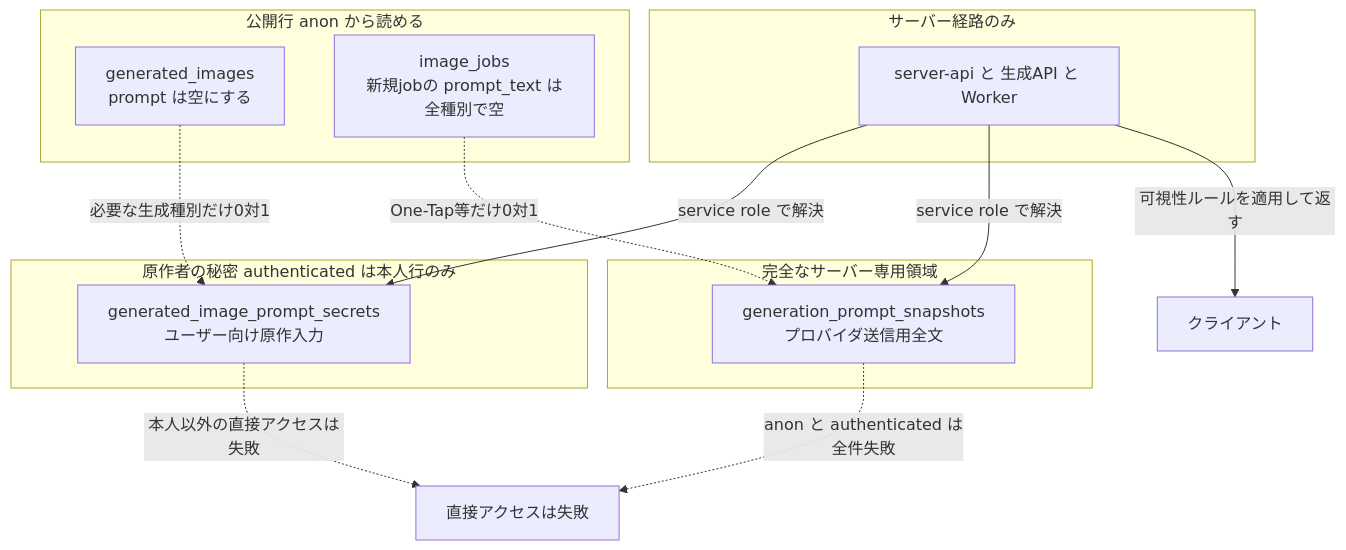
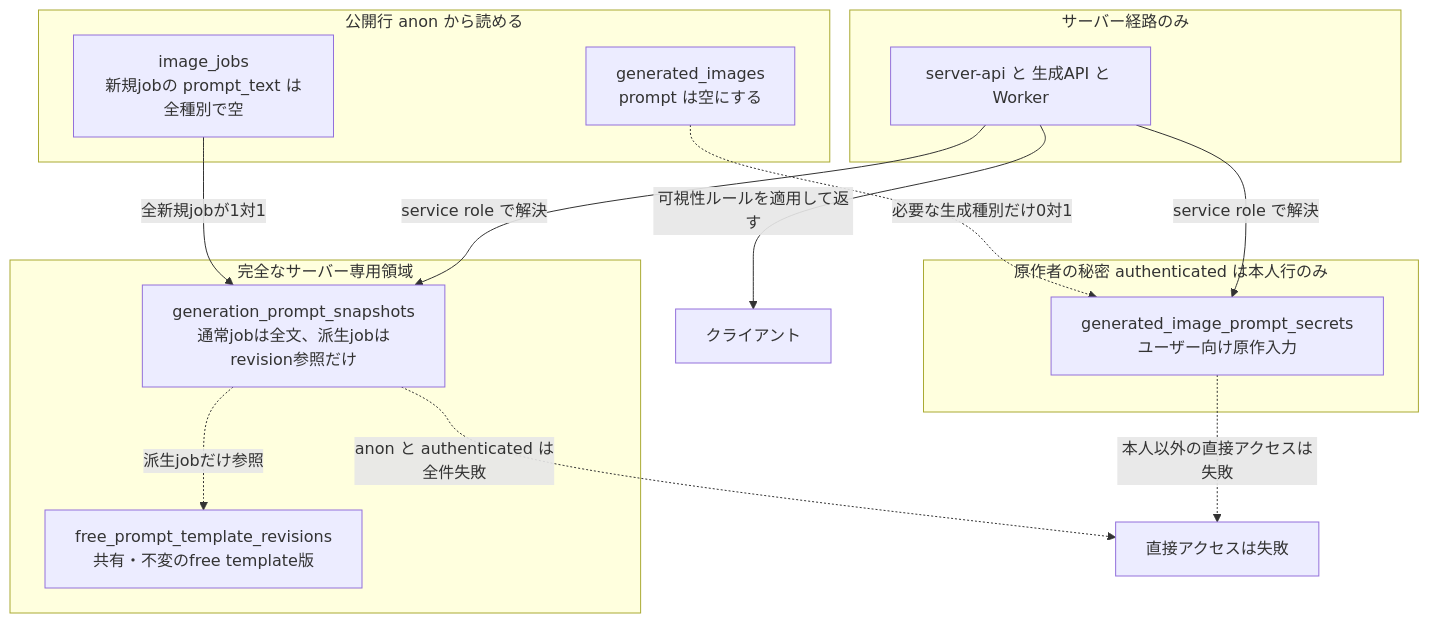
Before and after one commit to 3balljugglerYu/ai_coordinate: the first of 6 diagrams in docs/planning/free-prompt-private-mode-implementation-plan.md, drawn with Mermaid. The commit also changed other lines of this file, not shown here.

Commit message:
docs(plan): harden derived prompt execution design

````diff
--- a/docs/planning/free-prompt-private-mode-implementation-plan.md
+++ b/docs/planning/free-prompt-private-mode-implementation-plan.md
@@ -190,23 +200,25 @@
 ```mermaid
 flowchart TB
     subgraph public["公開行 anon から読める"]
         GI["generated_images<br/>prompt は空にする"]
         J["image_jobs<br/>新規jobの prompt_text は全種別で空"]
     end
     subgraph authorsecret["原作者の秘密 authenticated は本人行のみ"]
         PS["generated_image_prompt_secrets<br/>ユーザー向け原作入力"]
     end
     subgraph servicesec["完全なサーバー専用領域"]
-        GS["generation_prompt_snapshots<br/>プロバイダ送信用全文"]
+        GS["generation_prompt_snapshots<br/>通常jobは全文、派生jobはrevision参照だけ"]
+        TR["free_prompt_template_revisions<br/>共有・不変のfree template版"]
     end
     subgraph server["サーバー経路のみ"]
         API["server-api と 生成API と Worker"]
     end
     GI -.->|"必要な生成種別だけ0対1"| PS
-    J -.->|"One-Tap等だけ0対1"| GS
+    J -->|"全新規jobが1対1"| GS
+    GS -.->|"派生jobだけ参照"| TR
     API -->|"service role で解決"| PS
     API -->|"service role で解決"| GS
     API -->|"可視性ルールを適用して返す"| U["クライアント"]
     PS -.->|"本人以外の直接アクセスは失敗"| X["直接アクセスは失敗"]
     GS -.->|"anon と authenticated は全件失敗"| X
 ```
````
